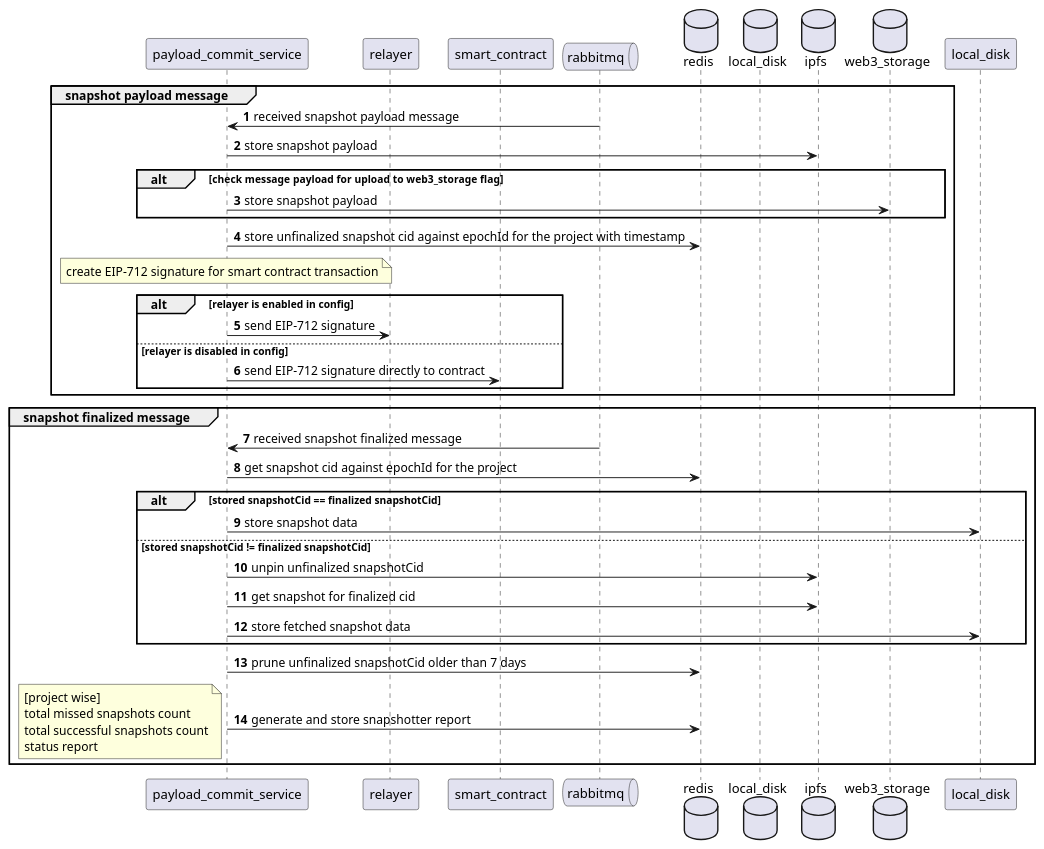
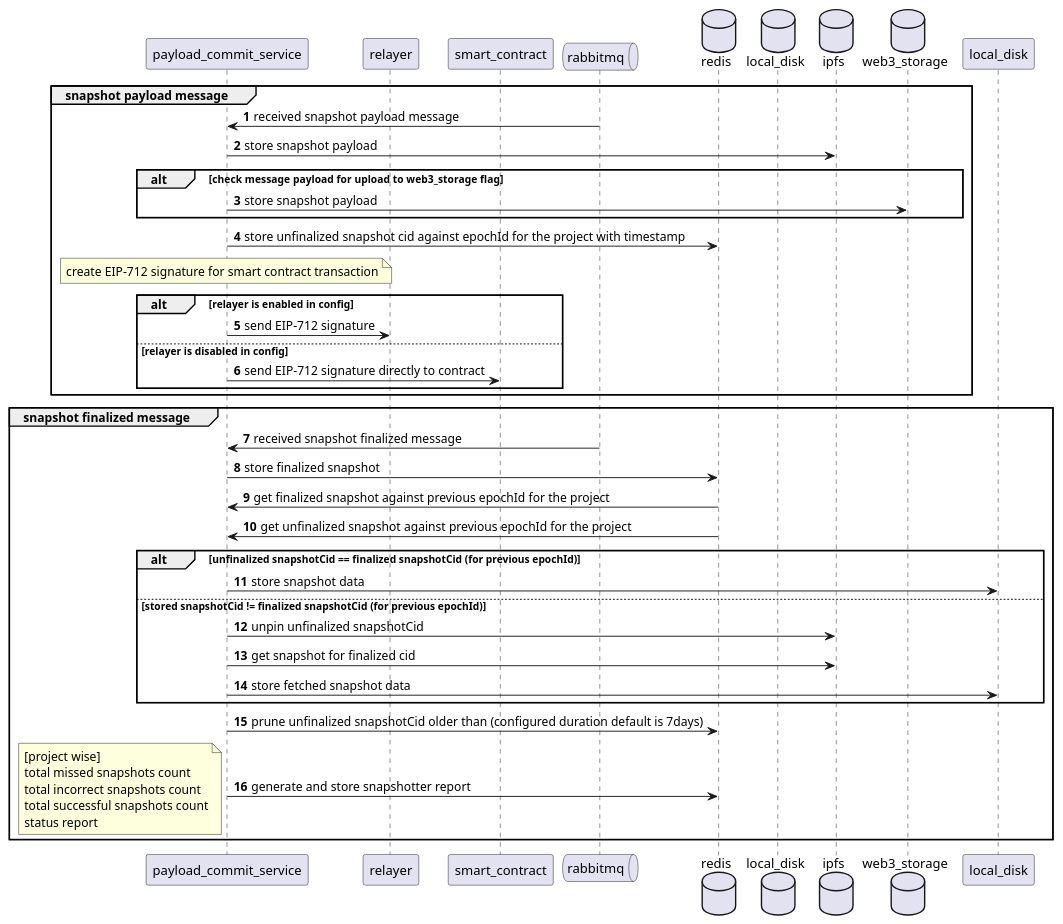
Before and after one commit to PowerLoom/audit-protocol: the diagram in docs/Diagrams/payload_commit_service.puml, drawn with PlantUML. The commit also changed 3 other files, not shown here.

```diff
--- a/docs/Diagrams/payload_commit_service.puml
+++ b/docs/Diagrams/payload_commit_service.puml
@@ -1,53 +1,55 @@
 @startuml "Payload commit service"
 autonumber
 
 participant "payload_commit_service" as pcs
 participant relayer
 participant smart_contract
 queue rabbitmq
 database redis
 database local_disk as disk
 database ipfs
 database web3_storage
 
 group snapshot payload message
     rabbitmq -> pcs: received snapshot payload message
 
     pcs -> ipfs: store snapshot payload
 
     alt check message payload for upload to web3_storage  flag
         pcs -> web3_storage: store snapshot payload
     end
 
     pcs -> redis: store unfinalized snapshot cid against epochId for the project with timestamp
 
     note over pcs: create EIP-712 signature for smart contract transaction
     alt relayer is enabled in config
         pcs -> relayer: send EIP-712 signature
     else relayer is disabled in config
         pcs -> smart_contract: send EIP-712 signature directly to contract
     end
 end
 
 group snapshot finalized message
     rabbitmq -> pcs: received snapshot finalized message
 
-    pcs -> redis: get snapshot cid against epochId for the project
+    pcs -> redis: store finalized snapshot
+    redis -> pcs: get finalized snapshot against previous epochId for the project
+    redis -> pcs: get unfinalized snapshot against previous epochId for the project
 
-    alt stored snapshotCid == finalized snapshotCid
+    alt unfinalized snapshotCid == finalized snapshotCid (for previous epochId)
         pcs -> local_disk: store snapshot data
 
-    else stored snapshotCid != finalized snapshotCid
+    else stored snapshotCid != finalized snapshotCid (for previous epochId)
         pcs -> ipfs: unpin unfinalized snapshotCid
         pcs -> ipfs: get snapshot for finalized cid
 
         pcs -> local_disk: store fetched snapshot data
     end
 
-    pcs -> redis: prune unfinalized snapshotCid older than 7 days
+    pcs -> redis: prune unfinalized snapshotCid older than (configured duration default is 7days)
 
     pcs -> redis: generate and store snapshotter report
-    note left: [project wise]\ntotal missed snapshots count\ntotal successful snapshots count\nstatus report
+    note left: [project wise]\ntotal missed snapshots count\ntotal incorrect snapshots count\ntotal successful snapshots count\nstatus report
 end
 
 @enduml
```
